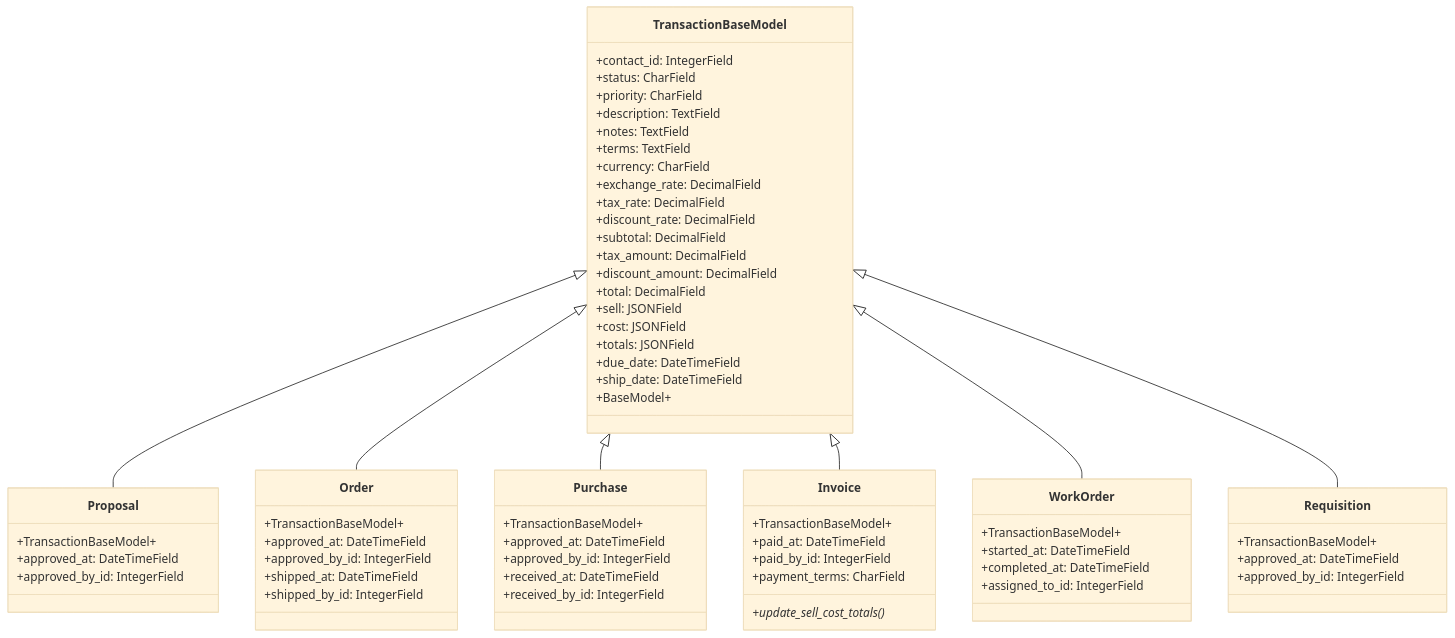
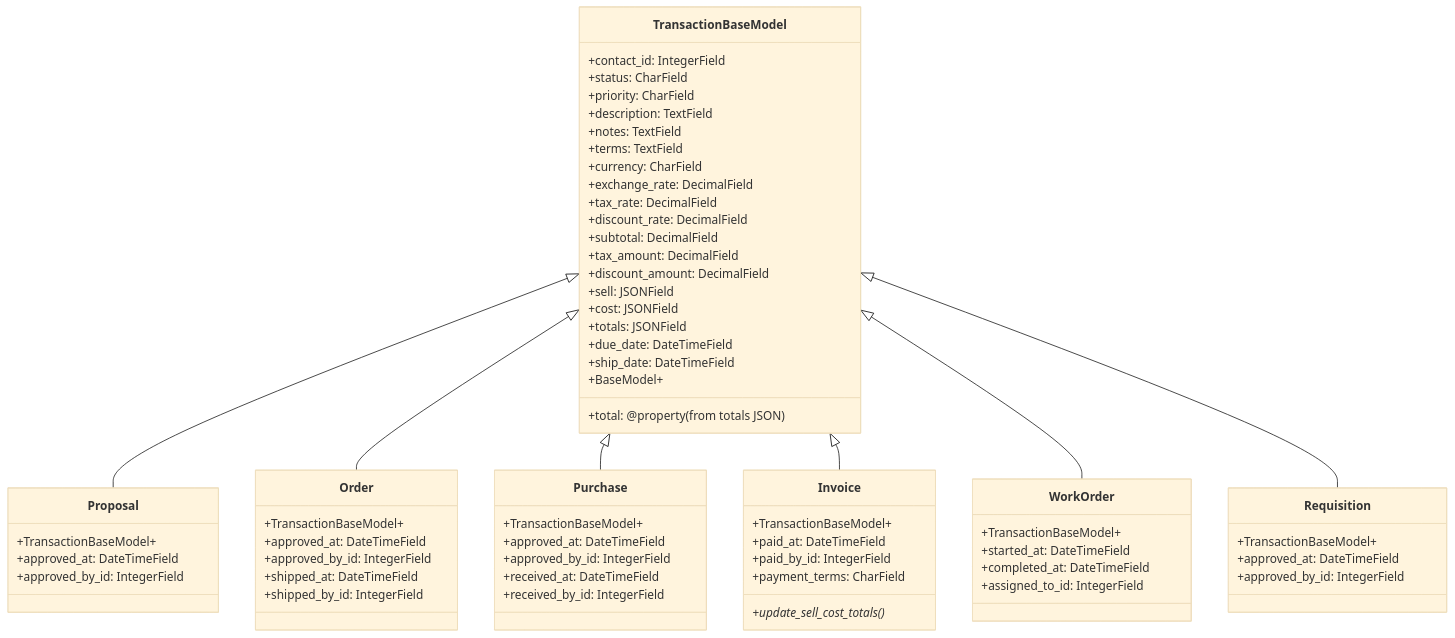
Before and after one commit to JPods/WebClerk: the third of 6 diagrams in backend/readmes/topics/models/webclerk3_data_models.md, drawn with Mermaid (base theme). The commit also changed 545 other files, not shown here.

````diff
--- a/backend/readmes/topics/models/webclerk3_data_models.md
+++ b/backend/readmes/topics/models/webclerk3_data_models.md
@@ -226,75 +226,75 @@
 ```mermaid
 classDiagram
     class TransactionBaseModel {
         +contact_id: IntegerField
         +status: CharField
         +priority: CharField
         +description: TextField
         +notes: TextField
         +terms: TextField
         +currency: CharField
         +exchange_rate: DecimalField
         +tax_rate: DecimalField
         +discount_rate: DecimalField
         +subtotal: DecimalField
         +tax_amount: DecimalField
         +discount_amount: DecimalField
-        +total: DecimalField
+        +total: @property (from totals JSON)
         +sell: JSONField
         +cost: JSONField
         +totals: JSONField
         +due_date: DateTimeField
         +ship_date: DateTimeField
         +BaseModel+
     }
 
     class Proposal {
         +TransactionBaseModel+
         +approved_at: DateTimeField
         +approved_by_id: IntegerField
     }
 
     class Order {
         +TransactionBaseModel+
         +approved_at: DateTimeField
         +approved_by_id: IntegerField
         +shipped_at: DateTimeField
         +shipped_by_id: IntegerField
     }
 
     class Purchase {
         +TransactionBaseModel+
         +approved_at: DateTimeField
         +approved_by_id: IntegerField
         +received_at: DateTimeField
         +received_by_id: IntegerField
     }
 
     class Invoice {
         +TransactionBaseModel+
         +paid_at: DateTimeField
         +paid_by_id: IntegerField
         +payment_terms: CharField
         +update_sell_cost_totals()*
     }
 
     class WorkOrder {
         +TransactionBaseModel+
         +started_at: DateTimeField
         +completed_at: DateTimeField
         +assigned_to_id: IntegerField
     }
 
     class Requisition {
         +TransactionBaseModel+
         +approved_at: DateTimeField
         +approved_by_id: IntegerField
     }
 
     TransactionBaseModel <|-- Proposal
     TransactionBaseModel <|-- Order
     TransactionBaseModel <|-- Purchase
     TransactionBaseModel <|-- Invoice
     TransactionBaseModel <|-- WorkOrder
     TransactionBaseModel <|-- Requisition
 ```
````
